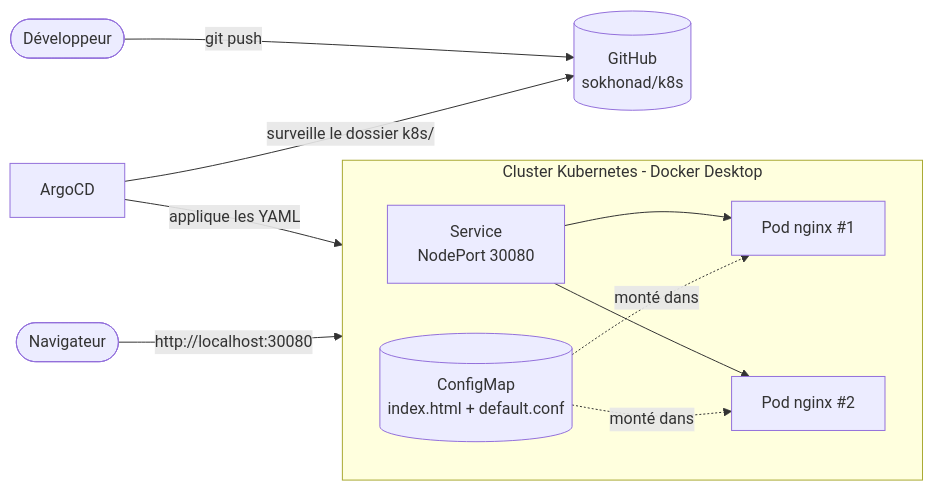
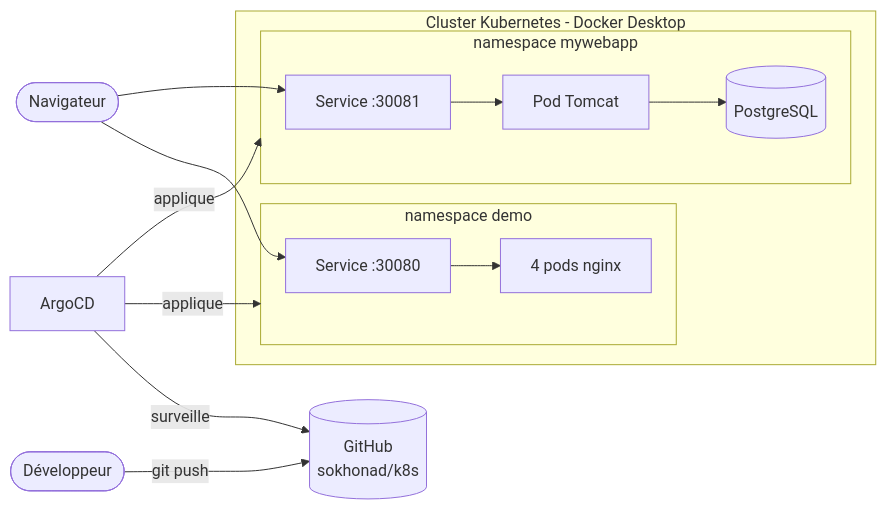
Before and after one commit to sokhonad/k8s: the first of 10 diagrams in README.md, drawn with Mermaid. The commit also changed other lines of this file, not shown here.

Commit message:
MyWebApp (Tomcat + PostgreSQL + design) et README

````diff
--- a/README.md
+++ b/README.md
@@ -27,16 +29,20 @@
 ```mermaid
 flowchart LR
     dev([Développeur]) -- git push --> gh[(GitHub<br/>sokhonad/k8s)]
-    argo[ArgoCD] -- surveille le dossier k8s/ --> gh
-    argo -- applique les YAML --> cluster
+    argo[ArgoCD] -- surveille --> gh
+    argo -- applique --> ns1
+    argo -- applique --> ns2
 
     subgraph cluster[Cluster Kubernetes - Docker Desktop]
-        direction LR
-        svc[Service<br/>NodePort 30080] --> p1[Pod nginx #1]
-        svc --> p2[Pod nginx #2]
-        cm[(ConfigMap<br/>index.html + default.conf)] -.monté dans.-> p1
-        cm -.monté dans.-> p2
+        subgraph ns1[namespace demo]
+            s1[Service :30080] --> n[4 pods nginx]
+        end
+        subgraph ns2[namespace mywebapp]
+            s2[Service :30081] --> t[Pod Tomcat]
+            t --> pg[(PostgreSQL)]
+        end
     end
 
-    user([Navigateur]) -- http://localhost:30080 --> svc
+    user([Navigateur]) --> s1
+    user --> s2
 ```
````
